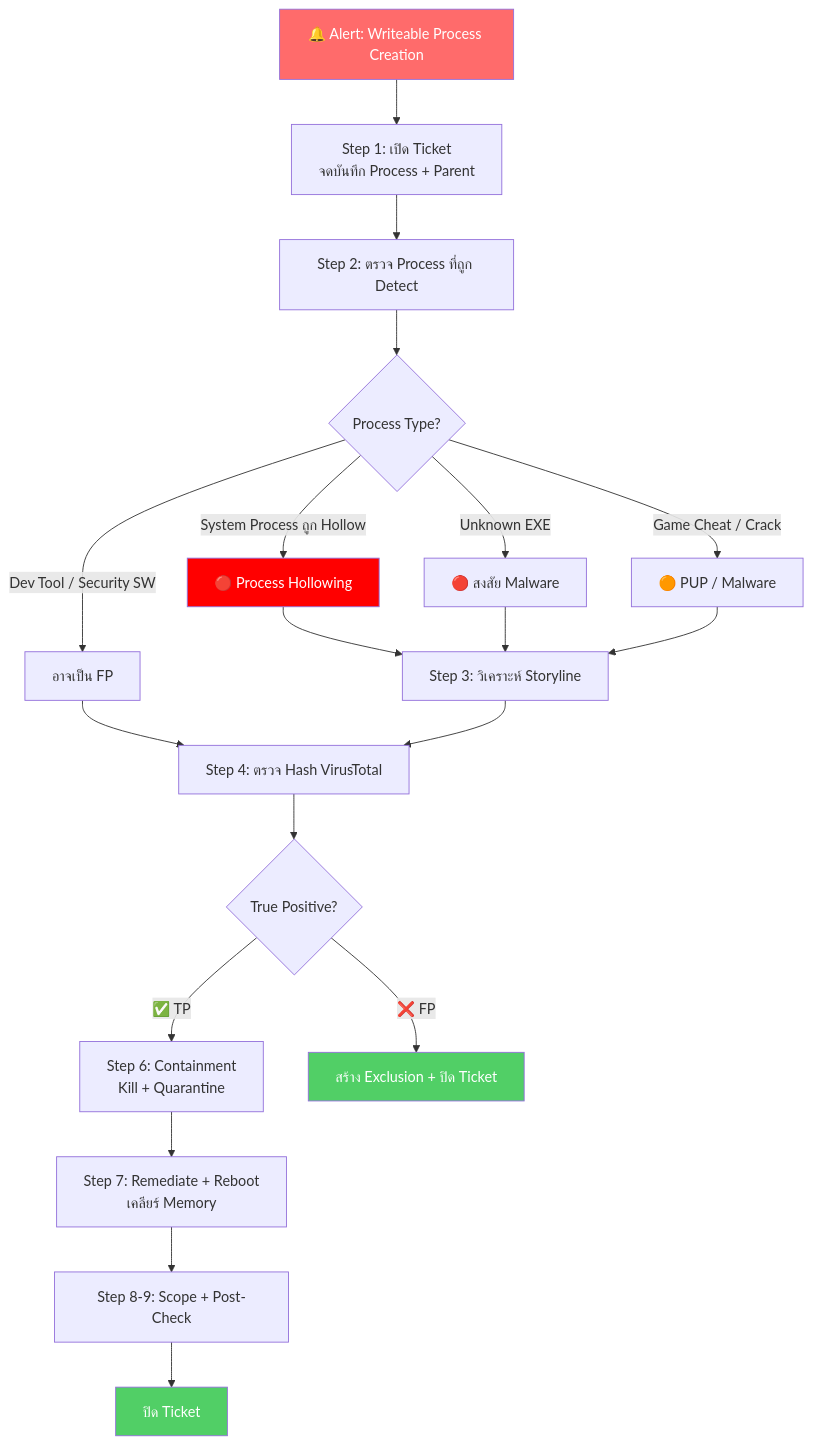
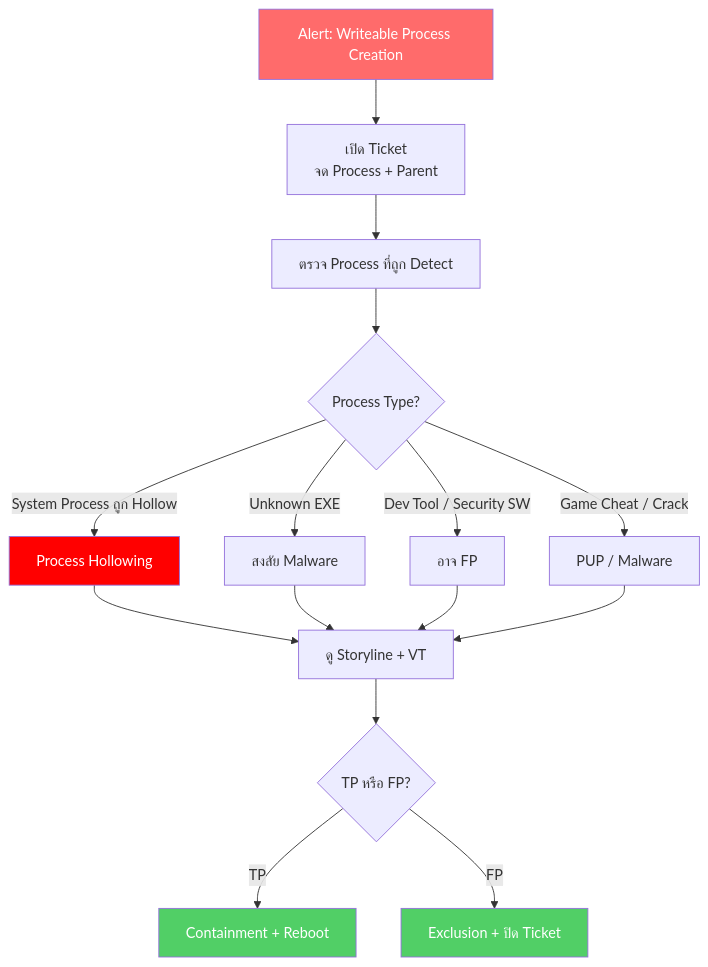
The diagram in playbooks/PB-08_writeable_process.md (nutthakorn7/SOC-SOP-TW), drawn with Mermaid before and after one commit. The commit also changed other lines of this file and 6 other files, not shown here.

````diff
--- a/playbooks/PB-08_writeable_process.md
+++ b/playbooks/PB-08_writeable_process.md
@@ -32,26 +34,22 @@
 ```mermaid
 flowchart TD
-    A["🔔 Alert: Writeable Process Creation"] --> B["Step 1: เปิด Ticket\nจดบันทึก Process + Parent"]
-    B --> C["Step 2: ตรวจ Process ที่ถูก Detect"]
+    A["Alert: Writeable Process Creation"] --> B["เปิด Ticket\nจด Process + Parent"]
+    B --> C["ตรวจ Process ที่ถูก Detect"]
     C --> D{"Process Type?"}
-    D -->|"System Process ถูก Hollow"| E["🔴 Process Hollowing"]
-    D -->|"Unknown EXE"| F["🔴 สงสัย Malware"]
-    D -->|"Dev Tool / Security SW"| G["อาจเป็น FP"]
-    D -->|"Game Cheat / Crack"| H["🟠 PUP / Malware"]
-    E --> I["Step 3: วิเคราะห์ Storyline"]
+    D -->|"System Process ถูก Hollow"| E["Process Hollowing"]
+    D -->|"Unknown EXE"| F["สงสัย Malware"]
+    D -->|"Dev Tool / Security SW"| G["อาจ FP"]
+    D -->|"Game Cheat / Crack"| H["PUP / Malware"]
+    E --> I["ดู Storyline + VT"]
     F --> I
-    G --> J["Step 4: ตรวจ Hash VirusTotal"]
+    G --> I
     H --> I
-    I --> J
-    J --> K{"True Positive?"}
-    K -->|"✅ TP"| L["Step 6: Containment\nKill + Quarantine"]
-    K -->|"❌ FP"| M["สร้าง Exclusion + ปิด Ticket"]
-    L --> N["Step 7: Remediate + Reboot\nเคลียร์ Memory"]
-    N --> O["Step 8-9: Scope + Post-Check"]
-    O --> P["ปิด Ticket"]
+    I --> J{"TP หรือ FP?"}
+    J -->|"TP"| K["Containment + Reboot"]
+    J -->|"FP"| L["Exclusion + ปิด Ticket"]
 
     style A fill:#ff6b6b,color:#fff
     style E fill:#ff0000,color:#fff
-    style M fill:#51cf66,color:#fff
-    style P fill:#51cf66,color:#fff
+    style K fill:#51cf66,color:#fff
+    style L fill:#51cf66,color:#fff
 ```
````
